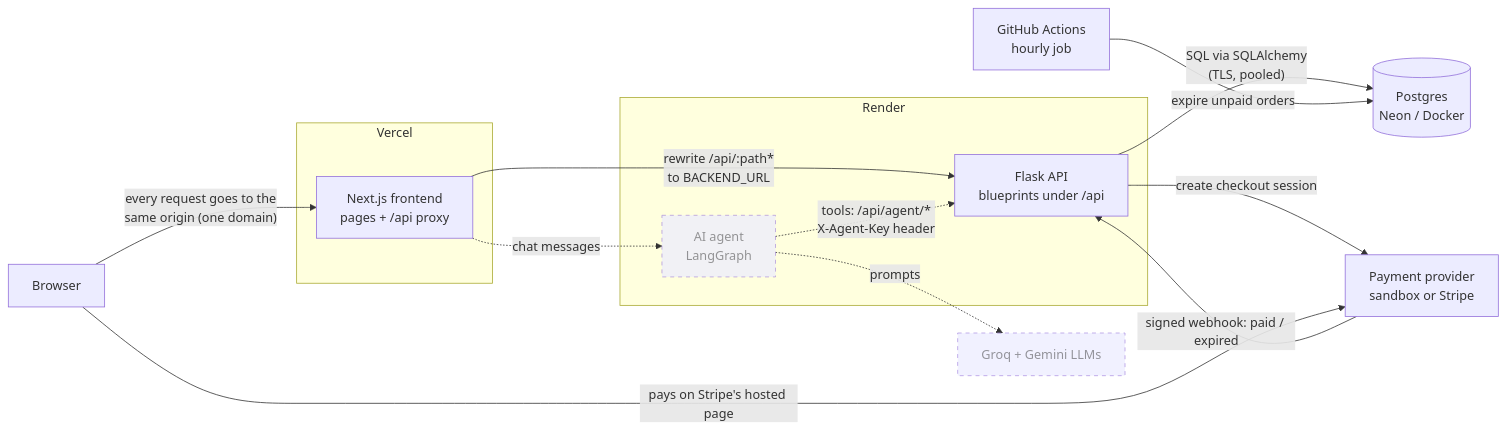
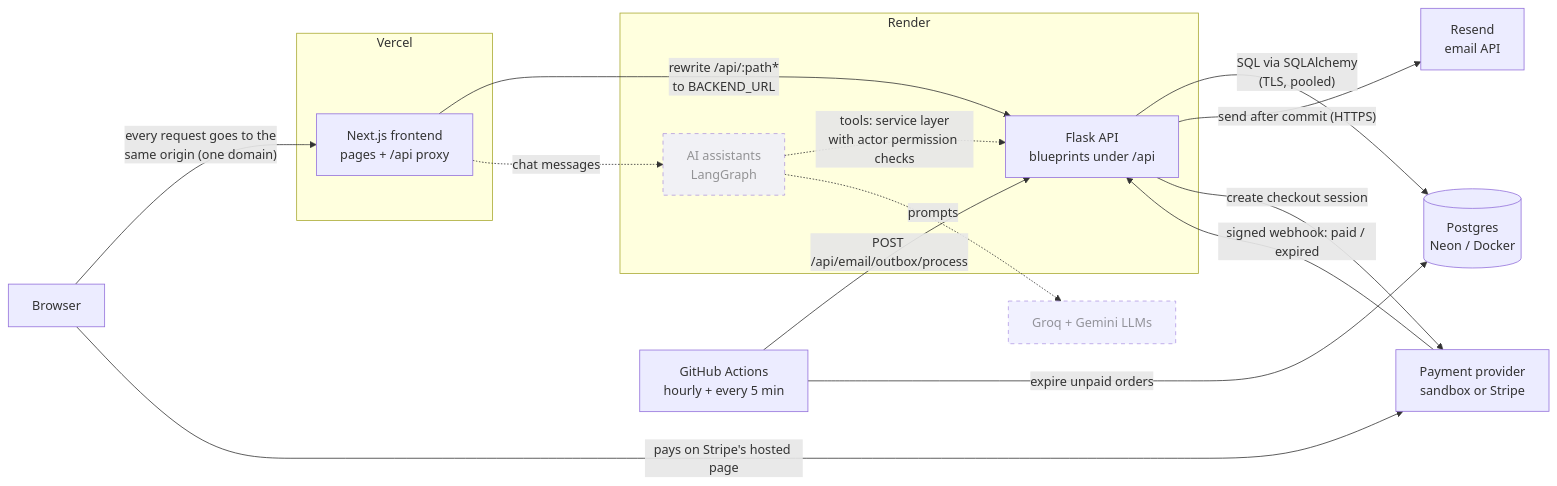
One commit to abdullahrasheed102/kora-store changed the first of 11 diagrams in docs/ARCHITECTURE.md. Above: the diagram before and after it, drawn with Mermaid. The commit also changed other lines of this file and 72 other files, not shown here.

First line of the commit message:
Phase 8A: email notifications through a transactional outbox

````diff
--- a/docs/ARCHITECTURE.md
+++ b/docs/ARCHITECTURE.md
@@ -23,31 +26,34 @@
 ```mermaid
 flowchart LR
     B[Browser]
 
     subgraph Vercel
         N[Next.js frontend<br/>pages + /api proxy]
     end
 
     subgraph Render
         F[Flask API<br/>blueprints under /api]
-        A[AI agent<br/>LangGraph]:::planned
+        A[AI assistants<br/>LangGraph]:::planned
     end
 
     DB[(Postgres<br/>Neon / Docker)]
-    GH[GitHub Actions<br/>hourly job]
+    GH[GitHub Actions<br/>hourly + every 5 min]
+    R[Resend<br/>email API]
     S[Payment provider<br/>sandbox or Stripe]
     L[Groq + Gemini LLMs]:::planned
 
     B -- "every request goes to the<br/>same origin (one domain)" --> N
     N -- "rewrite /api/:path*<br/>to BACKEND_URL" --> F
     F -- "SQL via SQLAlchemy<br/>(TLS, pooled)" --> DB
     GH -- "expire unpaid orders" --> DB
+    GH -- "POST /api/email/outbox/process" --> F
+    F -- "send after commit (HTTPS)" --> R
     F -- "create checkout session" --> S
     S -- "signed webhook: paid / expired" --> F
     B -- "pays on Stripe's hosted page" --> S
     N -. "chat messages" .-> A
-    A -. "tools: /api/agent/*<br/>X-Agent-Key header" .-> F
+    A -. "tools: service layer<br/>with actor permission checks" .-> F
     A -. "prompts" .-> L
 
     classDef planned stroke-dasharray: 5 5,opacity:0.7
 ```
````
